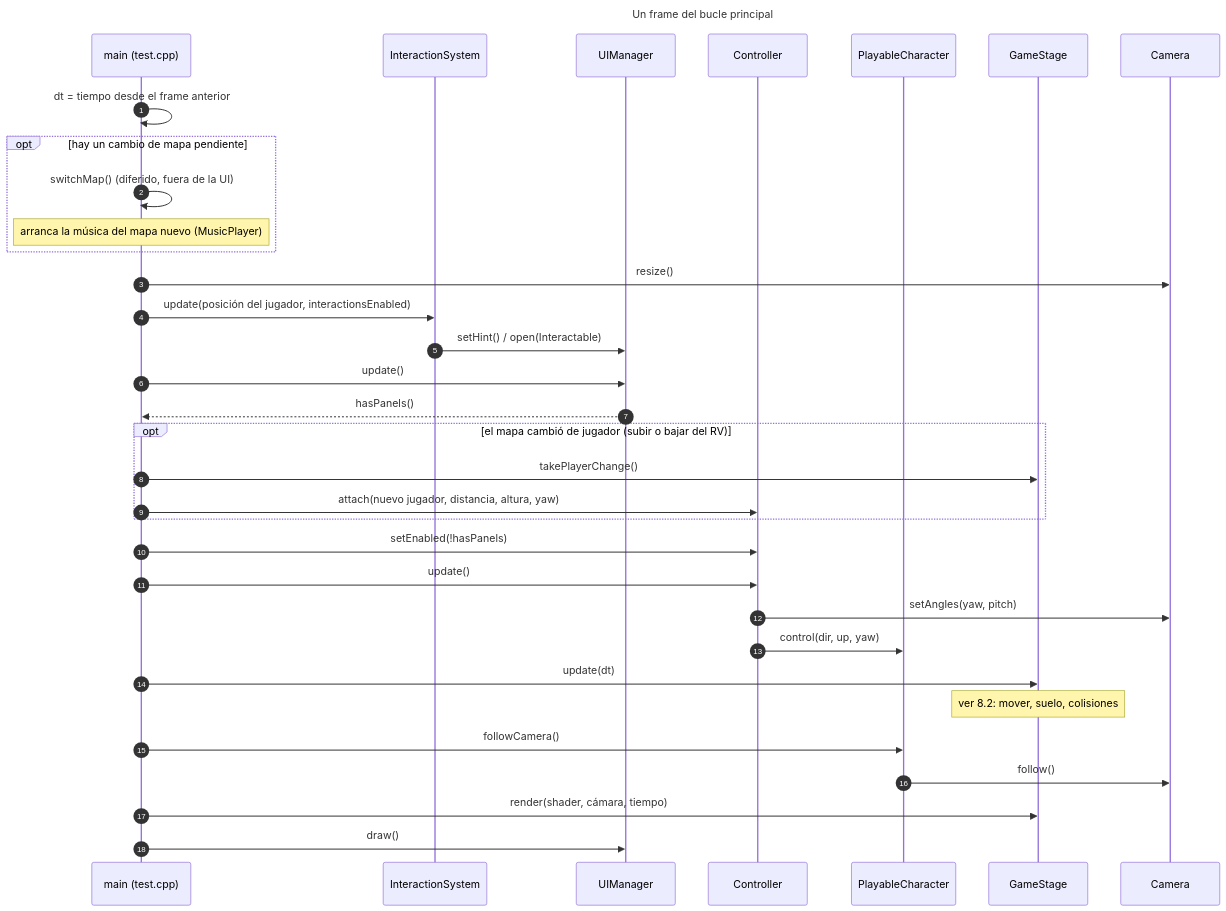
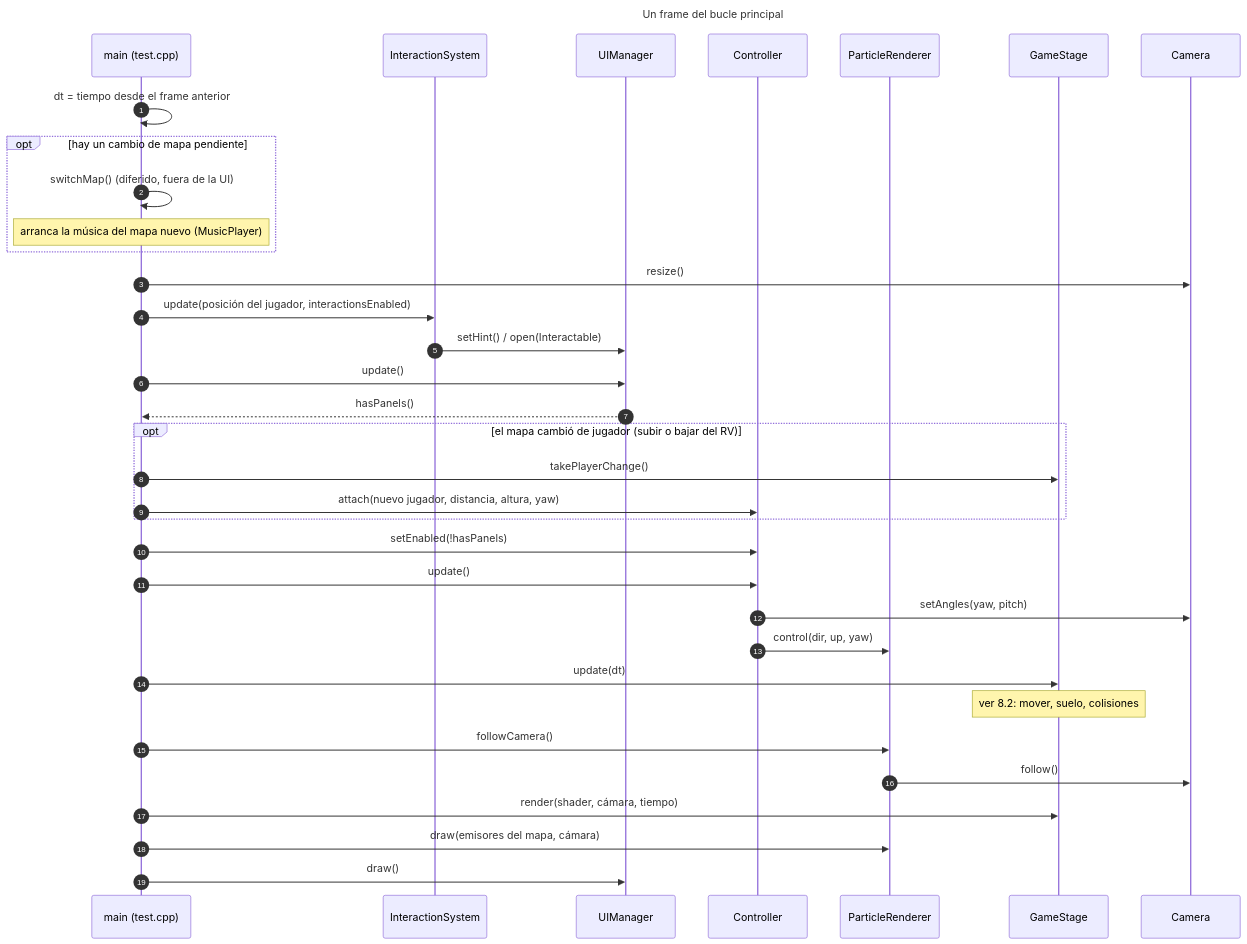
The eighth of 11 diagrams in docs/UML.md (Joselitus/3Dengine), drawn with Mermaid before and after one commit. The commit also changed other lines of this file and 32 other files, not shown here.

````diff
--- a/docs/UML.md
+++ b/docs/UML.md
@@ -993,39 +1051,41 @@
 ```mermaid
 ---
 title: Un frame del bucle principal
 ---
 sequenceDiagram
     autonumber
     participant M as main (test.cpp)
     participant I as InteractionSystem
     participant U as UIManager
     participant C as Controller
     participant P as PlayableCharacter
     participant S as GameStage
     participant K as Camera
+    participant P as ParticleRenderer
 
     M->>M: dt = tiempo desde el frame anterior
     opt hay un cambio de mapa pendiente
         M->>M: switchMap() (diferido, fuera de la UI)
         Note over M: arranca la música del mapa nuevo (MusicPlayer)
     end
     M->>K: resize()
     M->>I: update(posición del jugador, interactionsEnabled)
     I->>U: setHint() / open(Interactable)
     M->>U: update()
     U-->>M: hasPanels()
     opt el mapa cambió de jugador (subir o bajar del RV)
         M->>S: takePlayerChange()
         M->>C: attach(nuevo jugador, distancia, altura, yaw)
     end
     M->>C: setEnabled(!hasPanels)
     M->>C: update()
     C->>K: setAngles(yaw, pitch)
     C->>P: control(dir, up, yaw)
     M->>S: update(dt)
     Note over S: ver 8.2: mover, suelo, colisiones
     M->>P: followCamera()
     P->>K: follow()
     M->>S: render(shader, cámara, tiempo)
+    M->>P: draw(emisores del mapa, cámara)
     M->>U: draw()
 ```
````
